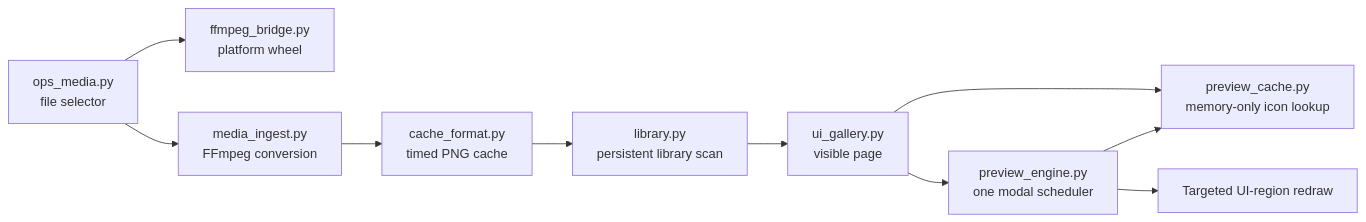
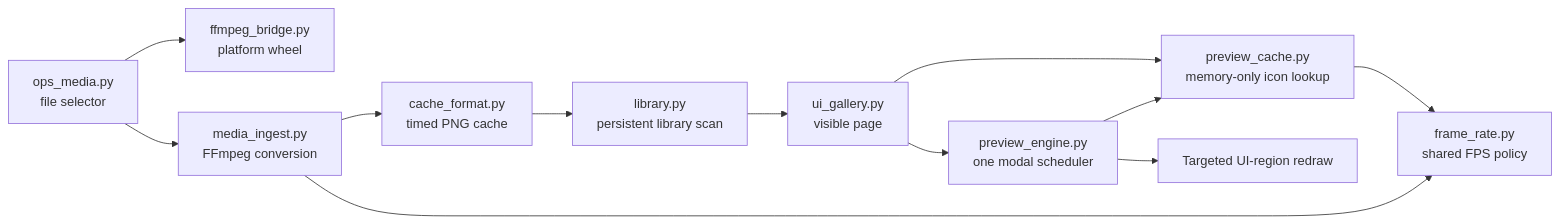
The diagram in README.md (tdw46/blender-animated-ui), drawn with Mermaid before and after one commit. The commit also changed other lines of this file and 15 other files, not shown here.

Commit message:
Add configurable animated preview frame rate

````diff
--- a/README.md
+++ b/README.md
@@ -104,13 +108,15 @@
 ```mermaid
 flowchart LR
     UI["ui_gallery.py<br/>visible page"] --> PC["preview_cache.py<br/>memory-only icon lookup"]
     UI --> PE["preview_engine.py<br/>one modal scheduler"]
     PE --> PC
     PE --> R["Targeted UI-region redraw"]
+    PC --> FPS["frame_rate.py<br/>shared FPS policy"]
 
     OP["ops_media.py<br/>file selector"] --> FB["ffmpeg_bridge.py<br/>platform wheel"]
     OP --> MI["media_ingest.py<br/>FFmpeg conversion"]
+    MI --> FPS
     MI --> CF["cache_format.py<br/>timed PNG cache"]
     CF --> LIB["library.py<br/>persistent library scan"]
     LIB --> UI
 ```
````
